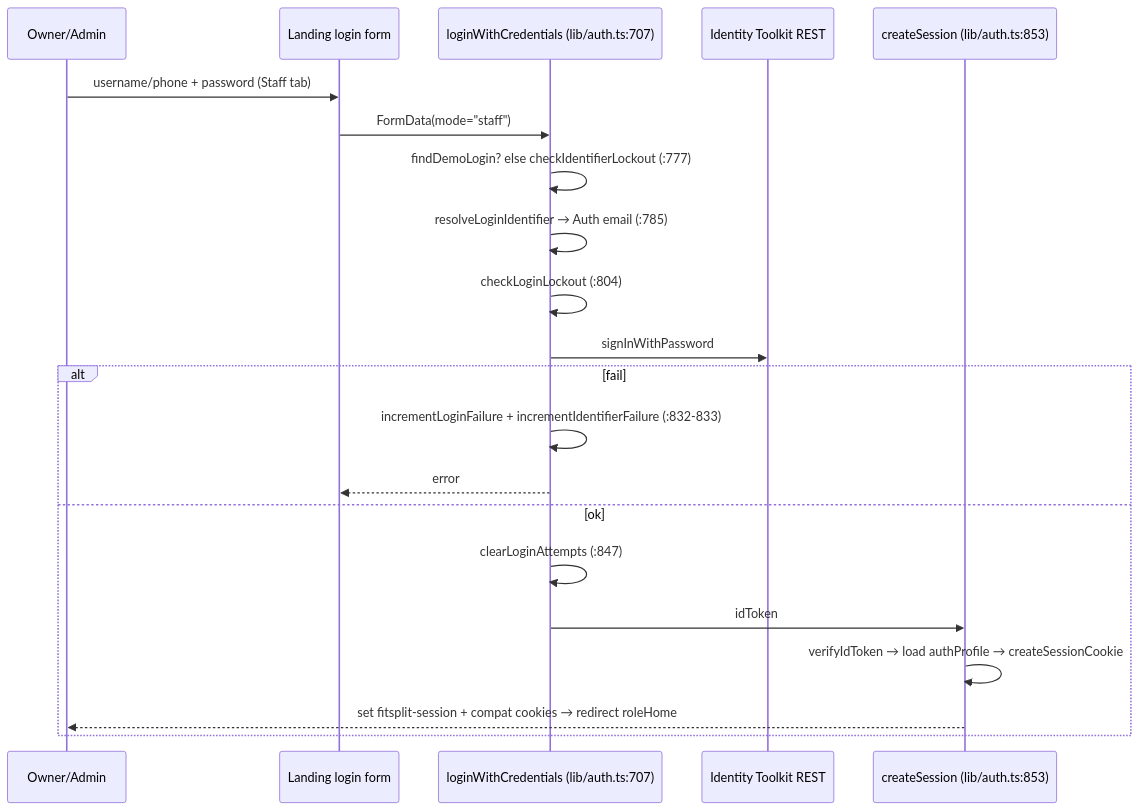
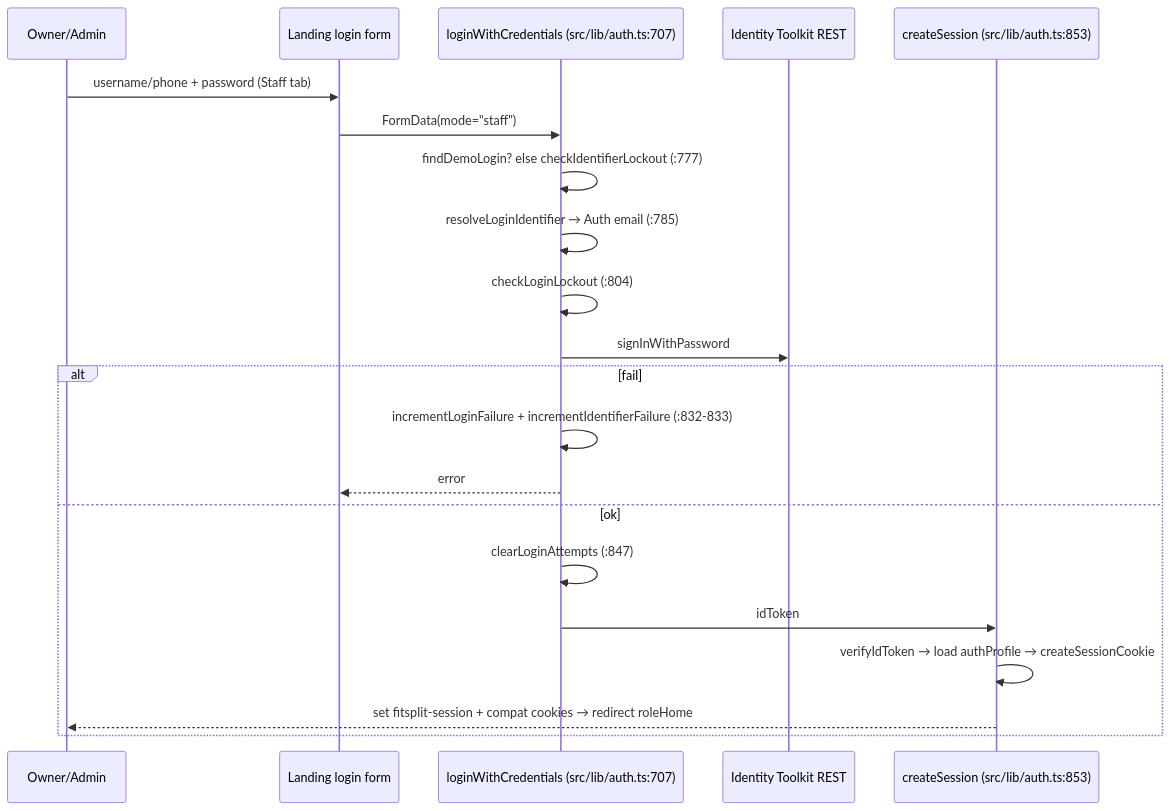
One commit to mehulchirania/FitSplit changed the first of 8 diagrams in docs/06_USER_JOURNEYS.md. Above: the diagram before and after it, drawn with Mermaid. The commit also changed other lines of this file and 388 other files, not shown here.

````diff
--- a/docs/06_USER_JOURNEYS.md
+++ b/docs/06_USER_JOURNEYS.md
@@ -10,23 +10,23 @@
 ```mermaid
 sequenceDiagram
   participant U as Owner/Admin
   participant LP as Landing login form
-  participant A as loginWithCredentials (lib/auth.ts:707)
+  participant A as loginWithCredentials (src/lib/auth.ts:707)
   participant FB as Identity Toolkit REST
-  participant CS as createSession (lib/auth.ts:853)
+  participant CS as createSession (src/lib/auth.ts:853)
   U->>LP: username/phone + password (Staff tab)
   LP->>A: FormData(mode="staff")
   A->>A: findDemoLogin? else checkIdentifierLockout (:777)
   A->>A: resolveLoginIdentifier → Auth email (:785)
   A->>A: checkLoginLockout (:804)
   A->>FB: signInWithPassword
   alt fail
     A->>A: incrementLoginFailure + incrementIdentifierFailure (:832-833)
     A-->>LP: error
   else ok
     A->>A: clearLoginAttempts (:847)
     A->>CS: idToken
     CS->>CS: verifyIdToken → load authProfile → createSessionCookie
     CS-->>U: set fitsplit-session + compat cookies → redirect roleHome
   end
 ```
````
